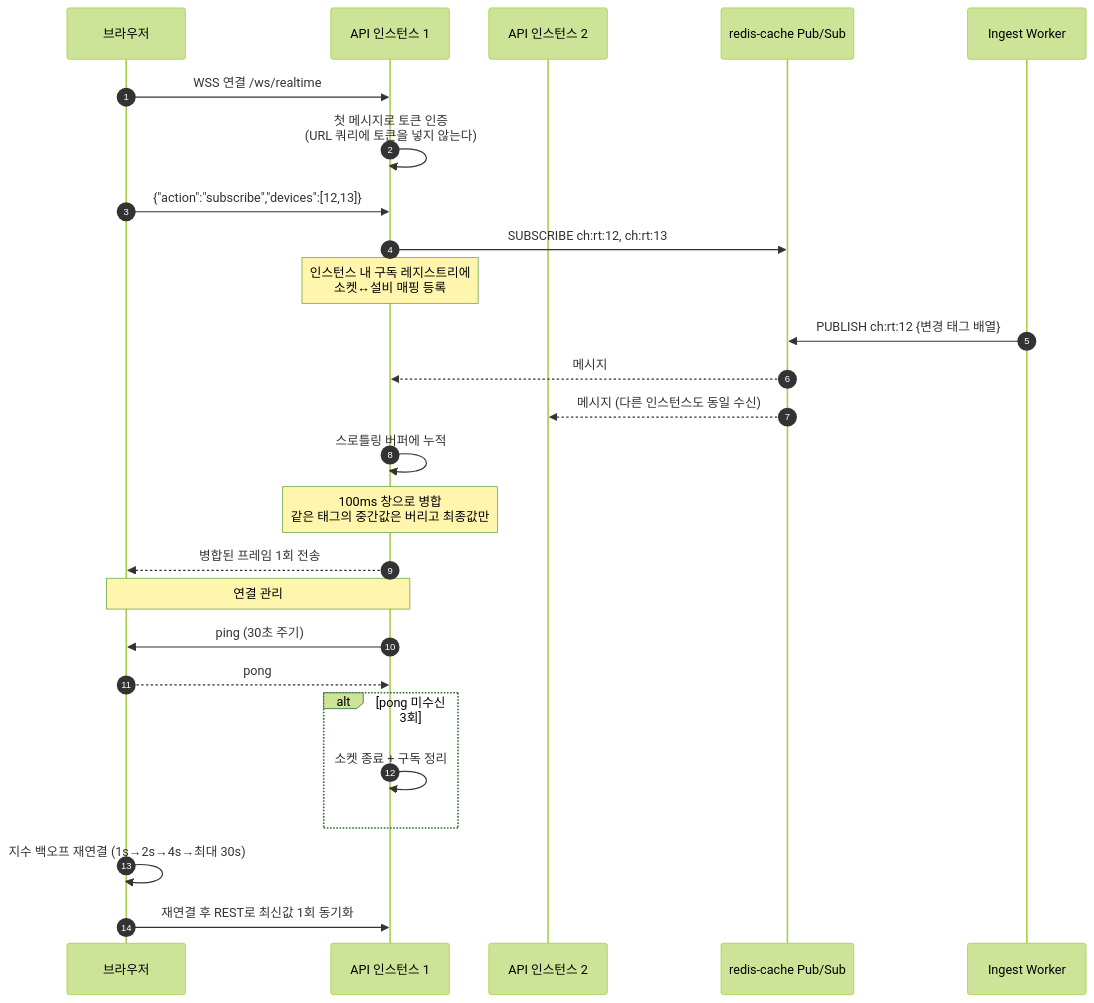
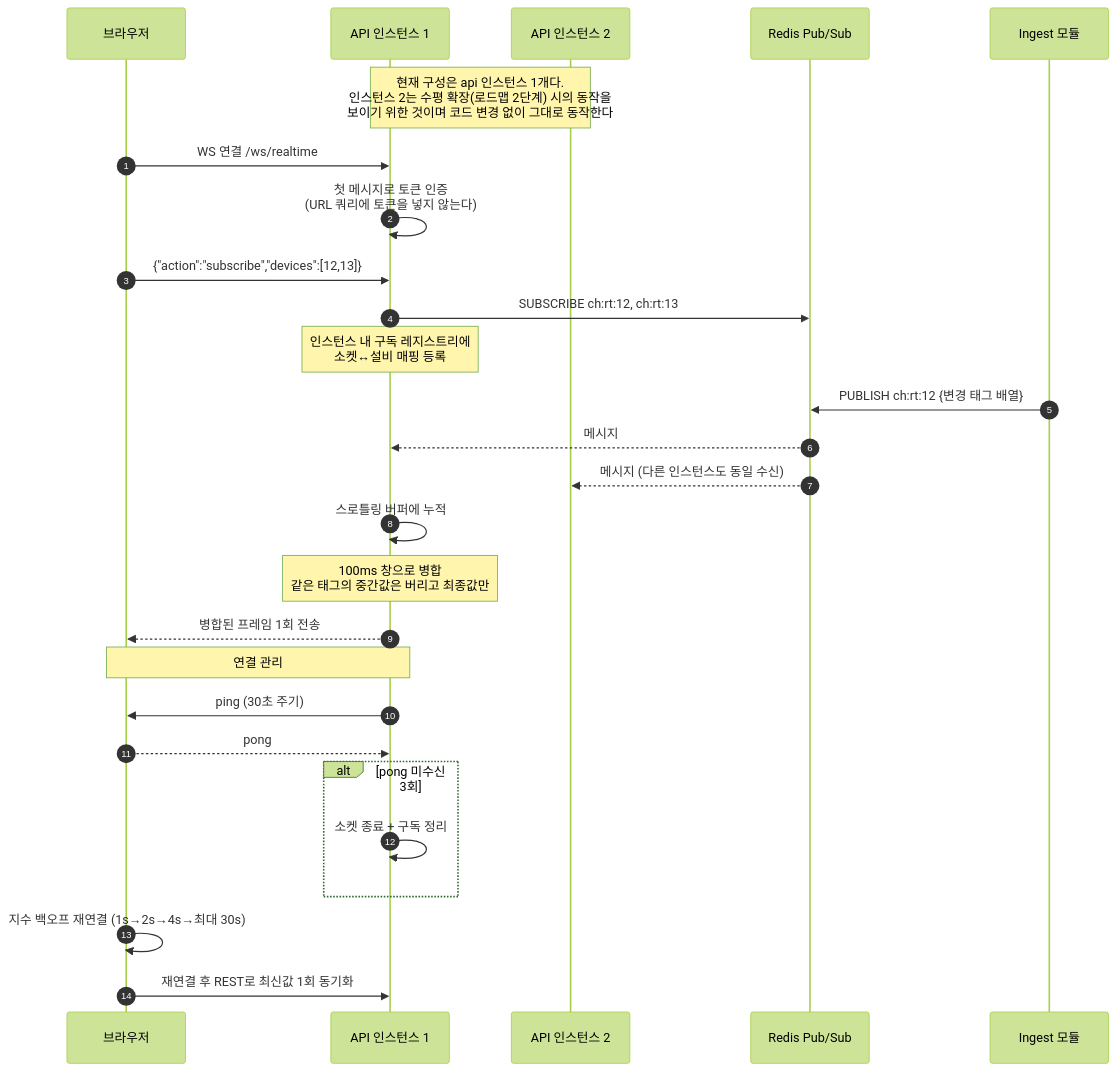
One commit to jaepil02/db_study changed diagram 11 of 19 in data_flow.md. Above: the diagram before and after it, drawn with Mermaid (forest theme). The commit also changed other lines of this file and 3 other files, not shown here.

````diff
--- a/data_flow.md
+++ b/data_flow.md
@@ -568,32 +600,34 @@
 ```mermaid
 sequenceDiagram
     autonumber
     participant B as 브라우저
     participant API1 as API 인스턴스 1
     participant API2 as API 인스턴스 2
-    participant RC as redis-cache Pub/Sub
-    participant IW as Ingest Worker
+    participant R as Redis Pub/Sub
+    participant IW as Ingest 모듈
 
-    B->>API1: WSS 연결 /ws/realtime
+    Note over API1,API2: 현재 구성은 api 인스턴스 1개다.<br/>인스턴스 2는 수평 확장(로드맵 2단계) 시의 동작을<br/>보이기 위한 것이며 코드 변경 없이 그대로 동작한다
+
+    B->>API1: WS 연결 /ws/realtime
     API1->>API1: 첫 메시지로 토큰 인증<br/>(URL 쿼리에 토큰을 넣지 않는다)
     B->>API1: {"action":"subscribe","devices":[12,13]}
-    API1->>RC: SUBSCRIBE ch:rt:12, ch:rt:13
+    API1->>R: SUBSCRIBE ch:rt:12, ch:rt:13
     Note over API1: 인스턴스 내 구독 레지스트리에<br/>소켓↔설비 매핑 등록
 
-    IW->>RC: PUBLISH ch:rt:12 {변경 태그 배열}
-    RC-->>API1: 메시지
-    RC-->>API2: 메시지 (다른 인스턴스도 동일 수신)
+    IW->>R: PUBLISH ch:rt:12 {변경 태그 배열}
+    R-->>API1: 메시지
+    R-->>API2: 메시지 (다른 인스턴스도 동일 수신)
 
     API1->>API1: 스로틀링 버퍼에 누적
     Note over API1: 100ms 창으로 병합<br/>같은 태그의 중간값은 버리고 최종값만
     API1-->>B: 병합된 프레임 1회 전송
 
     Note over B,API1: 연결 관리
     API1->>B: ping (30초 주기)
     B-->>API1: pong
     alt pong 미수신 3회
         API1->>API1: 소켓 종료 + 구독 정리
     end
     B->>B: 지수 백오프 재연결 (1s→2s→4s→최대 30s)
     B->>API1: 재연결 후 REST로 최신값 1회 동기화
 ```
````
